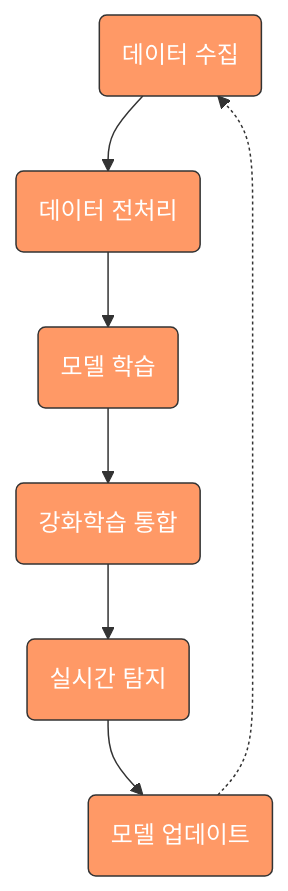
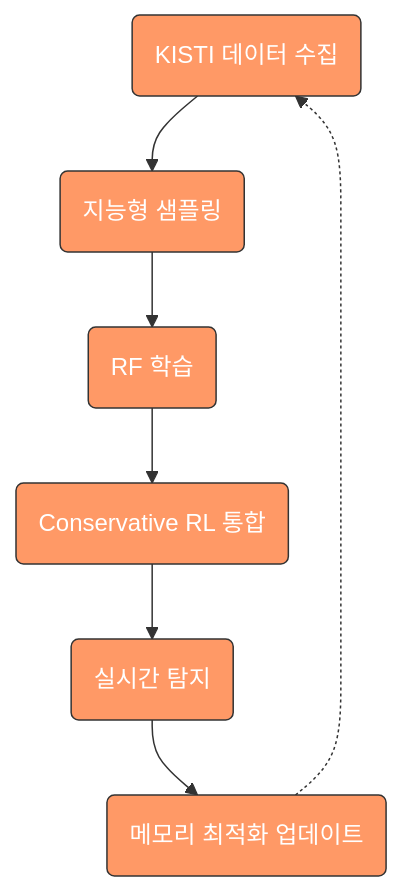
Before and after one commit to Es5724/Intrusion_DetectionSystem: the first of 3 diagrams in README.md, drawn with Mermaid. The commit also changed other lines of this file and 4 other files, not shown here.

````diff
--- a/README.md
+++ b/README.md
@@ -431,12 +460,12 @@
 ```mermaid
 flowchart TD
-    A("데이터 수집") --> B("데이터 전처리")
-    B --> C("모델 학습")
-    C --> D("강화학습 통합")
-    D --> E("실시간 탐지")
-    E --> F("모델 업데이트")
+    A("KISTI 데이터 수집") --> B("지능형 샘플링")
+    B --> C("RF 학습")
+    C --> D("Conservative RL 통합")
+    D --> E(" 실시간 탐지")
+    E --> F("메모리 최적화 업데이트")
     F -.-> A
     
     classDef main fill:#f96,color:#fff,stroke:#333,stroke-width:1px;
     class A,B,C,D,E,F main;
 ```
````
